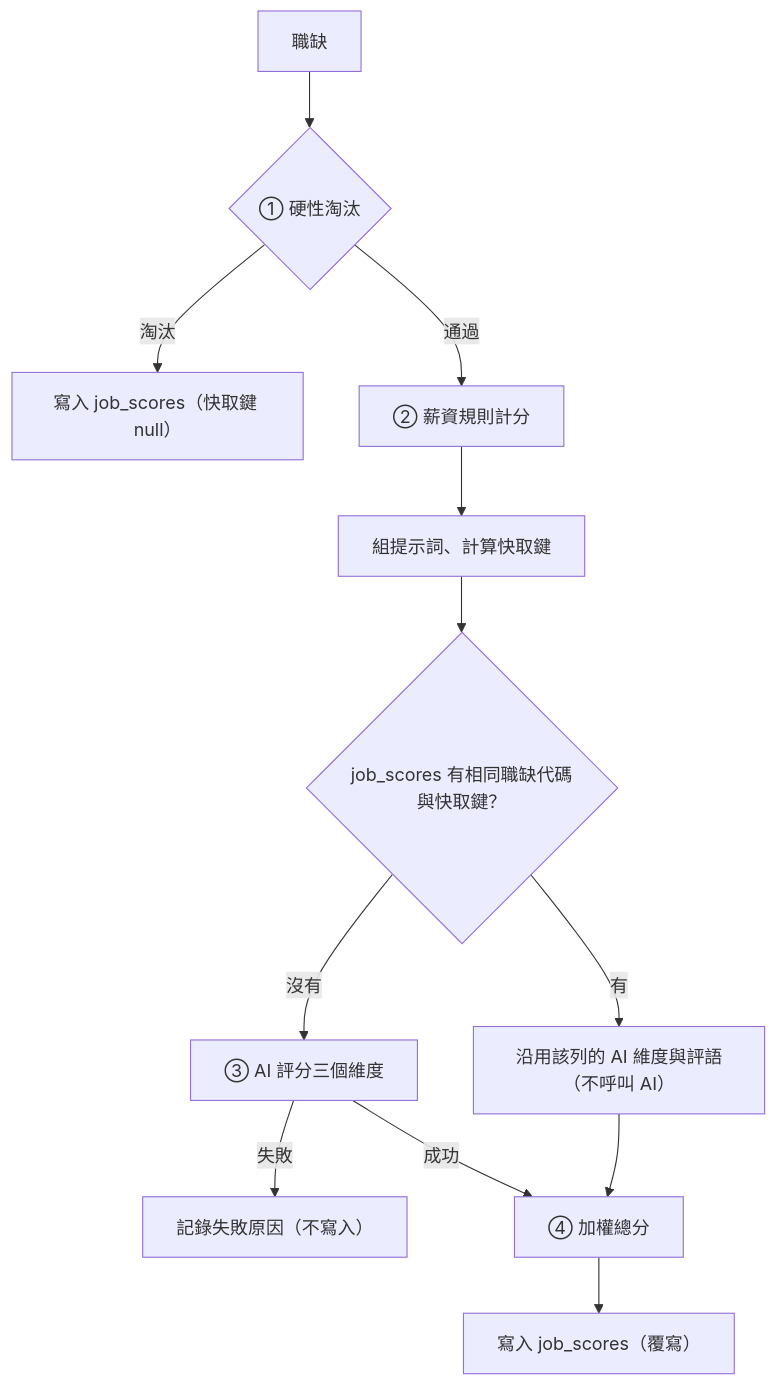
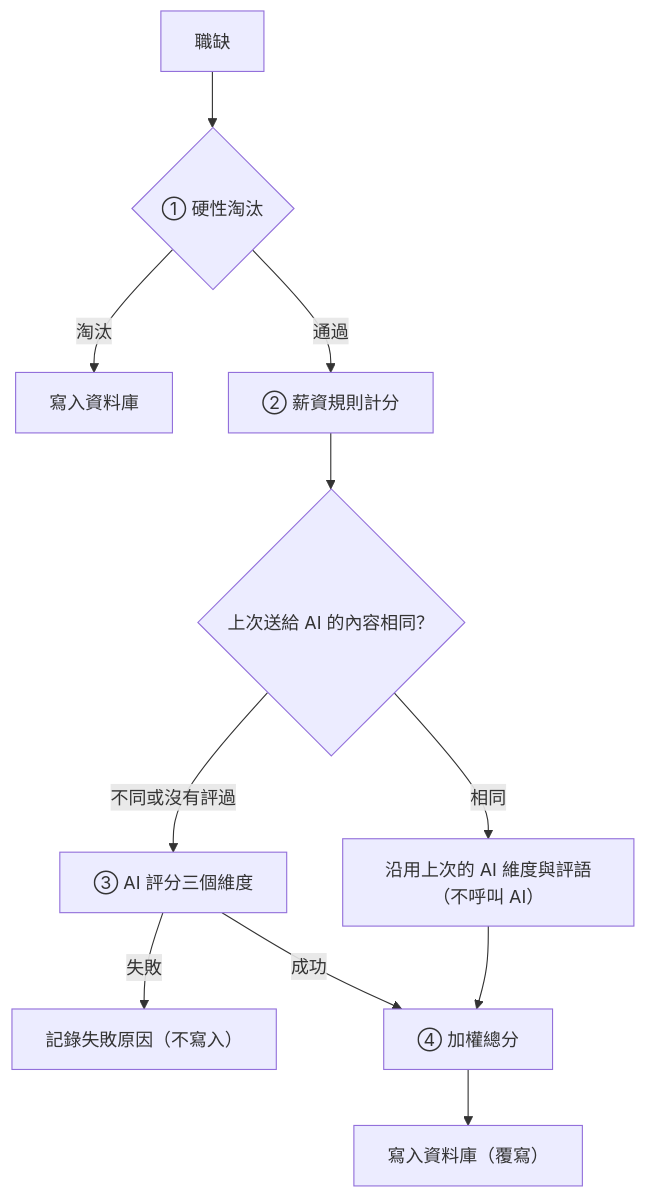
Before and after one commit to dlhdb/job-matching: the third of 3 diagrams in docs/features/job-scoring.md, drawn with Mermaid. The commit also changed other lines of this file and 15 other files, not shown here.

````diff
--- a/docs/features/job-scoring.md
+++ b/docs/features/job-scoring.md
@@ -693,14 +632,13 @@
 ```mermaid
 flowchart TD
     J[職缺] --> F{① 硬性淘汰}
-    F -->|淘汰| W1["寫入 job_scores（快取鍵 null）"]
+    F -->|淘汰| W1["寫入資料庫"]
     F -->|通過| S["② 薪資規則計分"]
-    S --> K[組提示詞、計算快取鍵]
-    K --> C{"job_scores 有相同職缺代碼與快取鍵？"}
-    C -->|有| R["沿用該列的 AI 維度與評語（不呼叫 AI）"]
-    C -->|沒有| A["③ AI 評分三個維度"]
+    S --> C{"上次送給 AI 的內容相同？"}
+    C -->|相同| R["沿用上次的 AI 維度與評語（不呼叫 AI）"]
+    C -->|不同或沒有評過| A["③ AI 評分三個維度"]
     A -->|失敗| E["記錄失敗原因（不寫入）"]
     R --> T["④ 加權總分"]
     A -->|成功| T
-    T --> W2["寫入 job_scores（覆寫）"]
+    T --> W2["寫入資料庫（覆寫）"]
 ```
````
